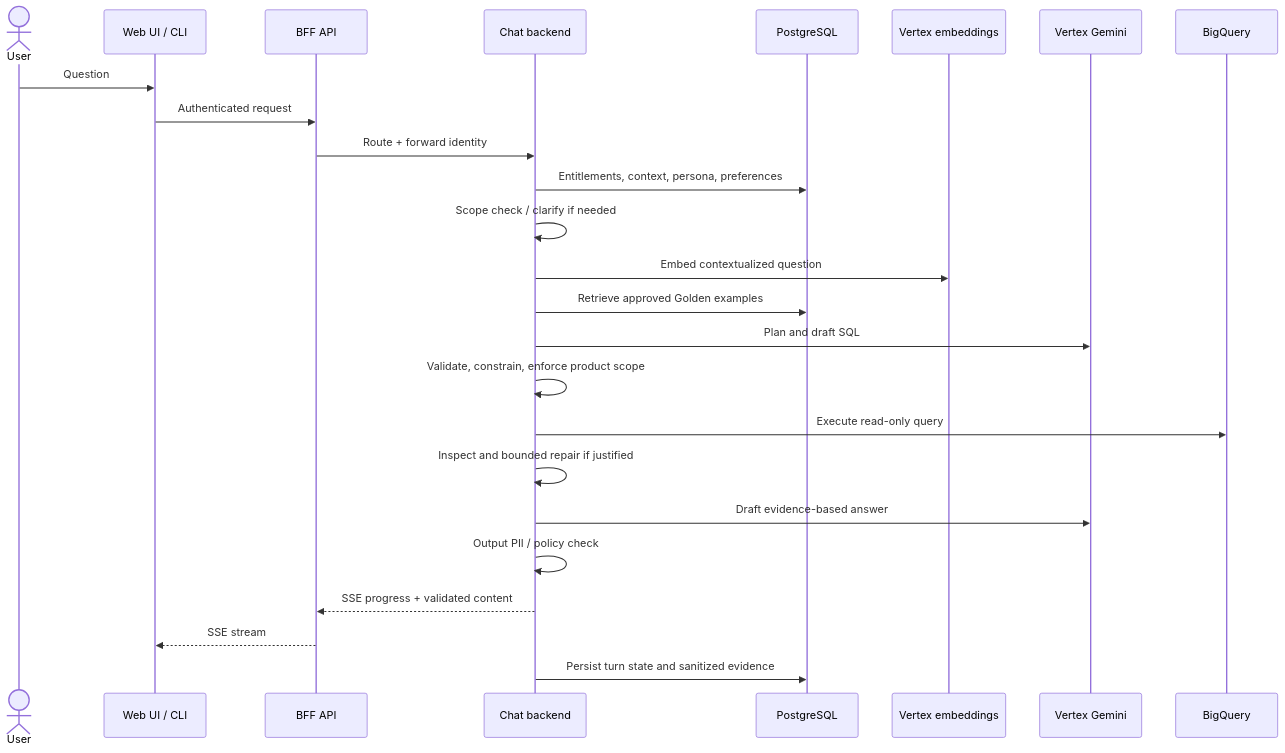
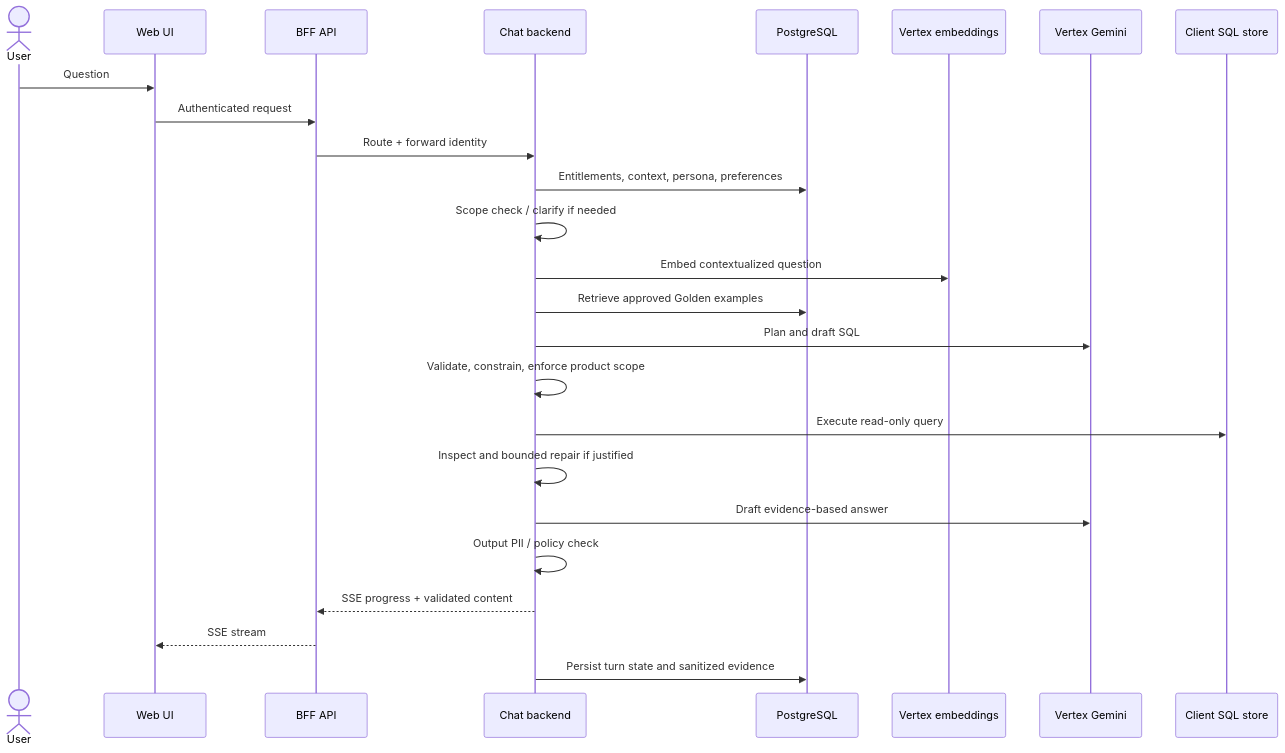
One commit to PiotrJachowicz/opsfleet-assessment changed the first of 4 diagrams in docs/HLD.md. Above: the diagram before and after it, drawn with Mermaid. The commit also changed other lines of this file and 6 other files, not shown here.

````diff
--- a/docs/HLD.md
+++ b/docs/HLD.md
@@ -47,28 +48,28 @@
 ```mermaid
 sequenceDiagram
     actor User
-    participant UI as Web UI / CLI
+    participant UI as Web UI
     participant BFF as BFF API
     participant API as Chat backend
     participant PG as PostgreSQL
     participant Emb as Vertex embeddings
     participant LLM as Vertex Gemini
-    participant BQ as BigQuery
+    participant SQL as Client SQL store
 
     User->>UI: Question
     UI->>BFF: Authenticated request
     BFF->>API: Route + forward identity
     API->>PG: Entitlements, context, persona, preferences
     API->>API: Scope check / clarify if needed
     API->>Emb: Embed contextualized question
     API->>PG: Retrieve approved Golden examples
     API->>LLM: Plan and draft SQL
     API->>API: Validate, constrain, enforce product scope
-    API->>BQ: Execute read-only query
+    API->>SQL: Execute read-only query
     API->>API: Inspect and bounded repair if justified
     API->>LLM: Draft evidence-based answer
     API->>API: Output PII / policy check
     API-->>BFF: SSE progress + validated content
     BFF-->>UI: SSE stream
     API->>PG: Persist turn state and sanitized evidence
 ```
````
